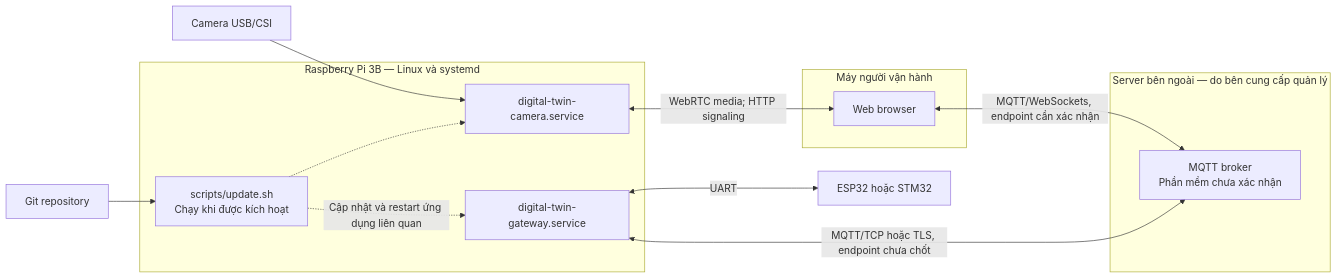
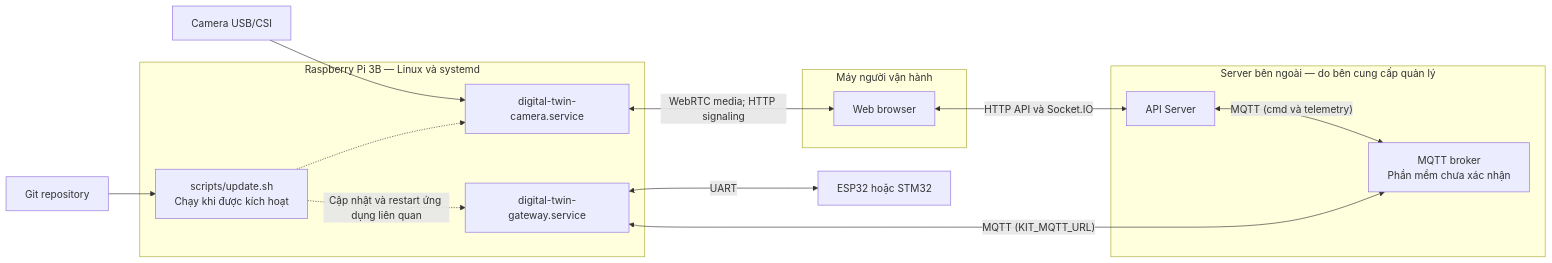
The diagram in docs/deployment.md (dugati201-glitch/digital_twin), drawn with Mermaid before and after one commit. The commit also changed other lines of this file and 15 other files, not shown here.

````diff
--- a/docs/deployment.md
+++ b/docs/deployment.md
@@ -5,26 +5,28 @@
 ```mermaid
 flowchart LR
     subgraph client["Máy người vận hành"]
         browser["Web browser"]
     end
     subgraph pi["Raspberry Pi 3B — Linux và systemd"]
         gateway["digital-twin-gateway.service"]
         camera["digital-twin-camera.service"]
         update["scripts/update.sh
 Chạy khi được kích hoạt"]
     end
     subgraph server["Server bên ngoài — do bên cung cấp quản lý"]
+        api["API Server"]
         broker["MQTT broker<br/>Phần mềm chưa xác nhận"]
     end
     mcu["ESP32 hoặc STM32"]
     cam["Camera USB/CSI"]
     git["Git repository"]
-    browser <-->|"MQTT/WebSockets, endpoint cần xác nhận"| broker
+    browser <-->|"HTTP API và Socket.IO"| api
+    api <-->|"MQTT (cmd và telemetry)"| broker
     camera <-->|"WebRTC media; HTTP signaling"| browser
-    gateway <-->|"MQTT/TCP hoặc TLS, endpoint chưa chốt"| broker
+    gateway <-->|"MQTT (KIT_MQTT_URL)"| broker
     gateway <-->|"UART"| mcu
     cam --> camera
     git --> update
     update -.->|"Cập nhật và restart ứng dụng liên quan"| gateway
     update -.-> camera
 ```
````
